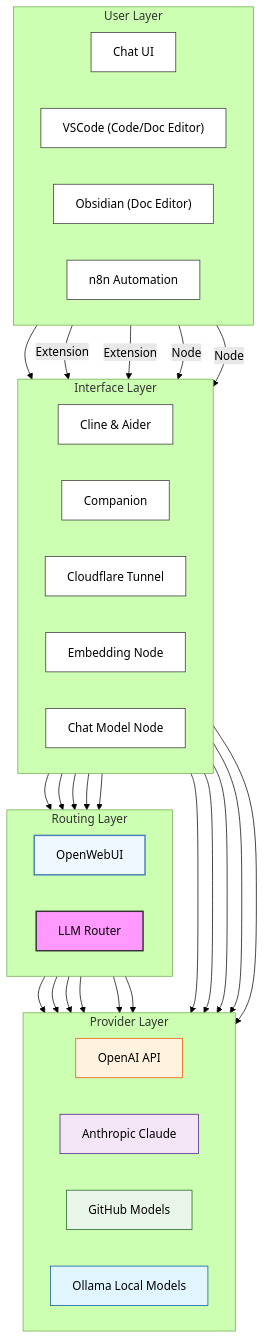
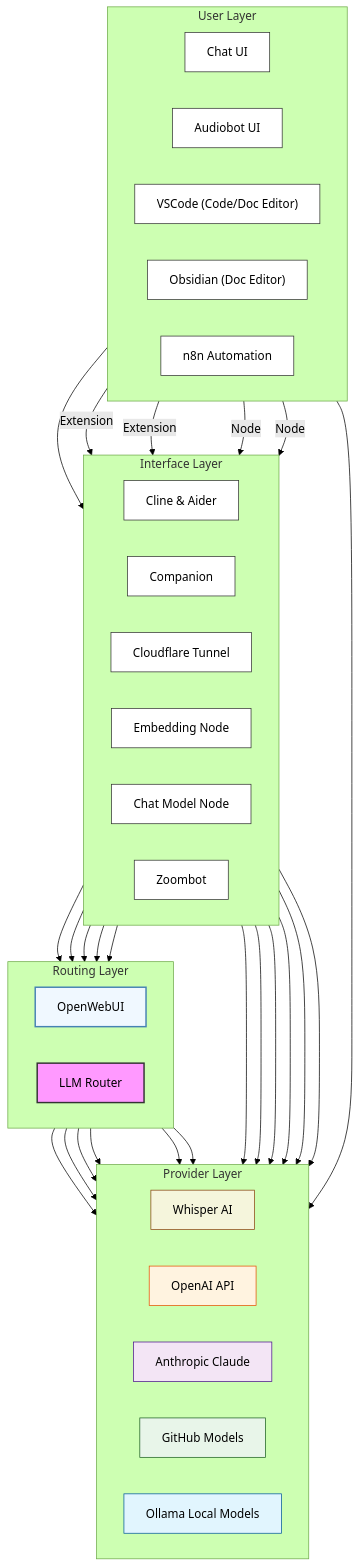
Before and after one commit to ZorroCheng-MC/thebox: the diagram in ARCHITECTURE.md, drawn with Mermaid (forest theme). The commit also changed other lines of this file, not shown here.

```diff
--- a/ARCHITECTURE.md
+++ b/ARCHITECTURE.md
@@ -58,6 +61,7 @@
 subgraph User_Layer["User Layer"]
 direction LR
 chat_ui["Chat UI"]
+audiobot_ui["Audiobot UI"]
 vscode["VSCode (Code/Doc Editor)"]
 obsidian["Obsidian (Doc Editor)"]
 n8n["n8n Automation"]
@@ -70,6 +74,7 @@
 cloudflare_tunnel["Cloudflare Tunnel"]
 embedding["Embedding Node"]
 chatmodel["Chat Model Node"]
+zoombot["Zoombot"]
 end
 
 chat_ui --> cloudflare_tunnel
@@ -81,6 +86,8 @@
 n8n -->|Node| embedding
 n8n -->|Node| chatmodel
 cline --> owui
+audiobot_ui --> whisper
+zoombot --> whisper
 
 subgraph Routing_Layer["Routing Layer"]
 direction LR
@@ -96,11 +103,13 @@
 claude["Anthropic Claude"]
 github["GitHub Models"]
 ollama["Ollama Local Models"]
+whisper["Whisper AI"]
 %% Style provider boxes
 style ollama fill:#e1f5fe,stroke:#01579b
 style github fill:#e8f5e9,stroke:#1b5e20
 style openai fill:#fff3e0,stroke:#e65100
 style claude fill:#f3e5f5,stroke:#4a148c
+style whisper fill:#f5f5dc,stroke:#8b4513
 end
 
 %% Connections between layers with clear routing
```
